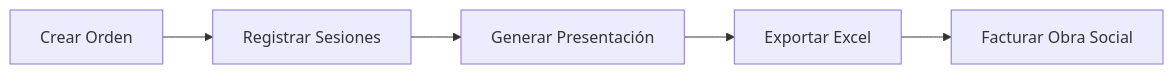
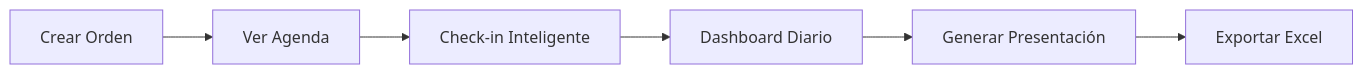
Before and after one commit to leono81/Shenrr: the diagram in README.md, drawn with Mermaid. The commit also changed other lines of this file and 4 other files, not shown here.

````diff
--- a/README.md
+++ b/README.md
@@ -58,7 +59,8 @@
 ```mermaid
 graph LR
-    A[Crear Orden] --> B[Registrar Sesiones]
-    B --> C[Generar Presentación]
-    C --> D[Exportar Excel]
-    D --> E[Facturar Obra Social]
+    A[Crear Orden] --> B[Ver Agenda]
+    B --> C[Check-in Inteligente]
+    C --> D[Dashboard Diario]
+    D --> E[Generar Presentación]
+    E --> F[Exportar Excel]
 ```
````
